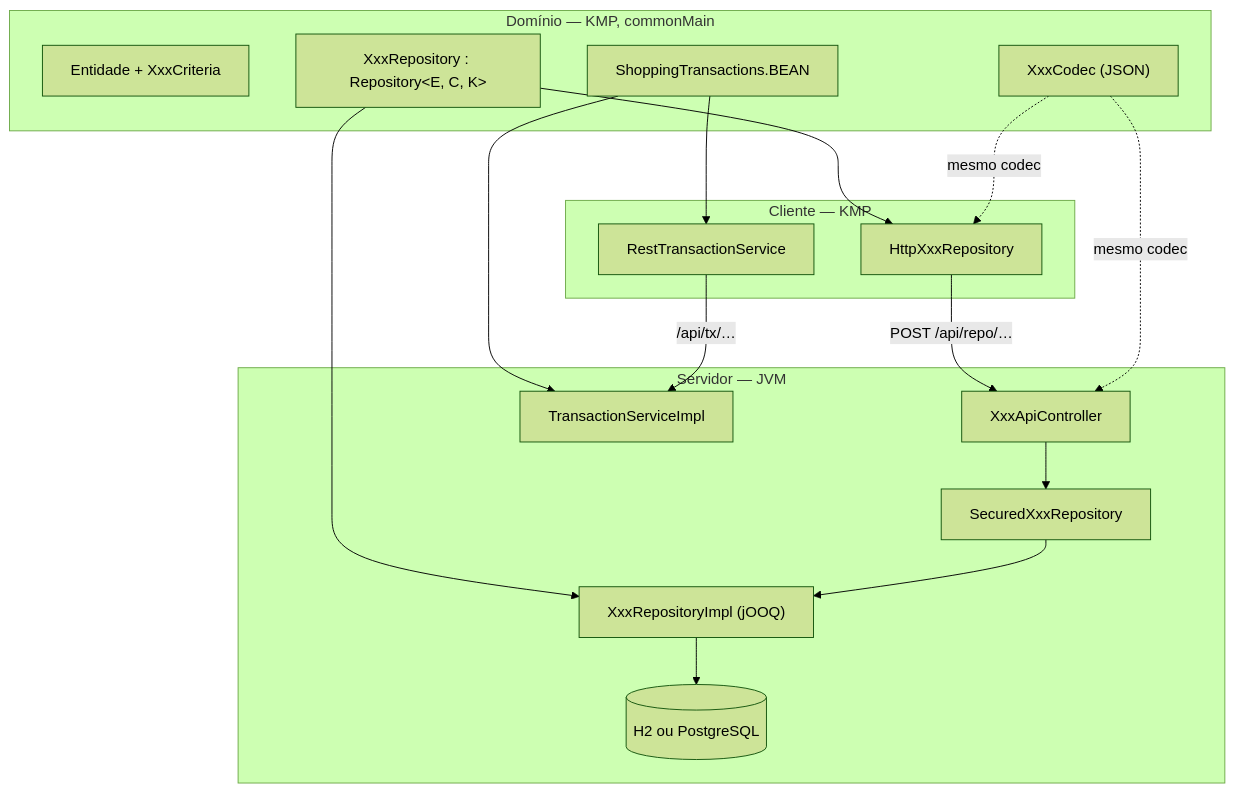
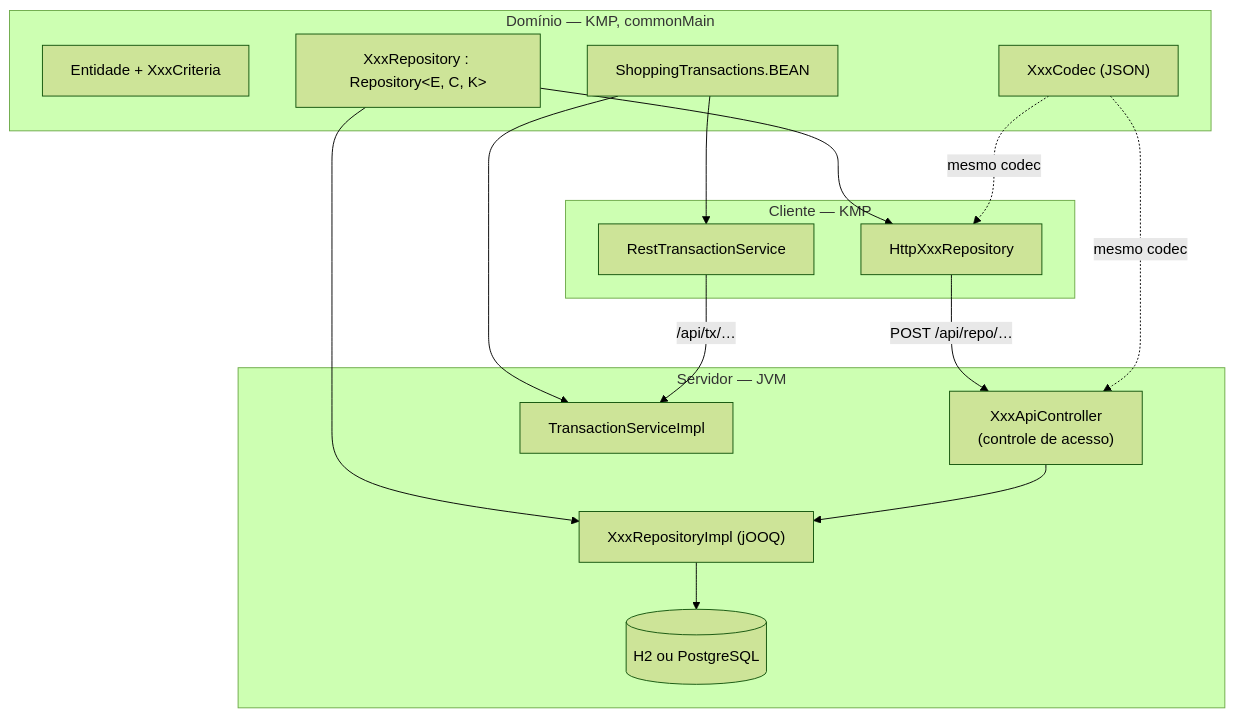
The diagram in docs/architecture-persistence.md (mrcdom/wdc-cube-kotlin), drawn with Mermaid (forest theme) before and after one commit. The commit also changed other lines of this file and 36 other files, not shown here.

First line of the commit message:
refactor(security): access control lives in the REST API, not in repository decorators

````diff
--- a/docs/architecture-persistence.md
+++ b/docs/architecture-persistence.md
@@ -26,34 +26,32 @@
 ```mermaid
 graph TB
     subgraph "Domínio — KMP, commonMain"
         ENT["Entidade + XxxCriteria"]
         REPO["XxxRepository : Repository&lt;E, C, K&gt;"]
         CODEC["XxxCodec (JSON)"]
         TX["ShoppingTransactions.BEAN"]
     end
 
     subgraph "Servidor — JVM"
         IMPL["XxxRepositoryImpl (jOOQ)"]
-        SEC["SecuredXxxRepository"]
-        CTRL["XxxApiController"]
+        CTRL["XxxApiController<br/>(controle de acesso)"]
         TXS["TransactionServiceImpl"]
         DB[("H2 ou PostgreSQL")]
     end
 
     subgraph "Cliente — KMP"
         HTTP["HttpXxxRepository"]
         RTX["RestTransactionService"]
     end
 
     REPO --> IMPL
     REPO --> HTTP
     IMPL --> DB
-    SEC --> IMPL
-    CTRL --> SEC
+    CTRL --> IMPL
     HTTP -- "POST /api/repo/…" --> CTRL
     CODEC -. "mesmo codec" .-> CTRL
     CODEC -. "mesmo codec" .-> HTTP
     TX --> TXS
     TX --> RTX
     RTX -- "/api/tx/…" --> TXS
 ```
````
